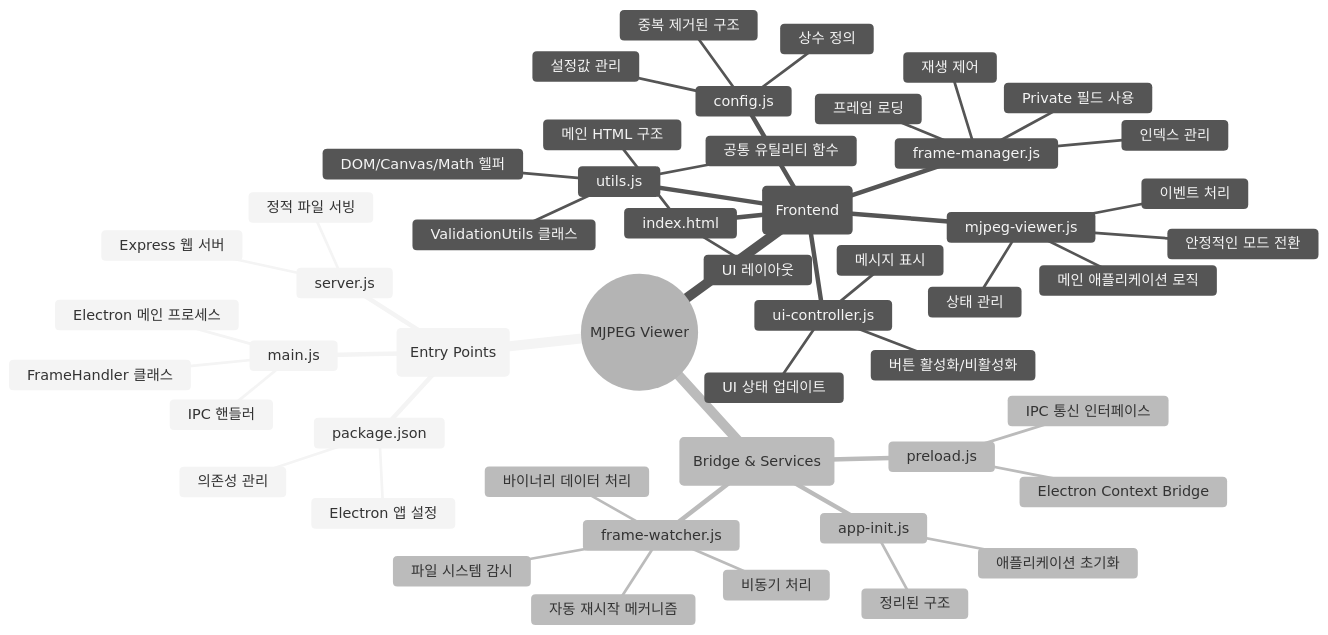
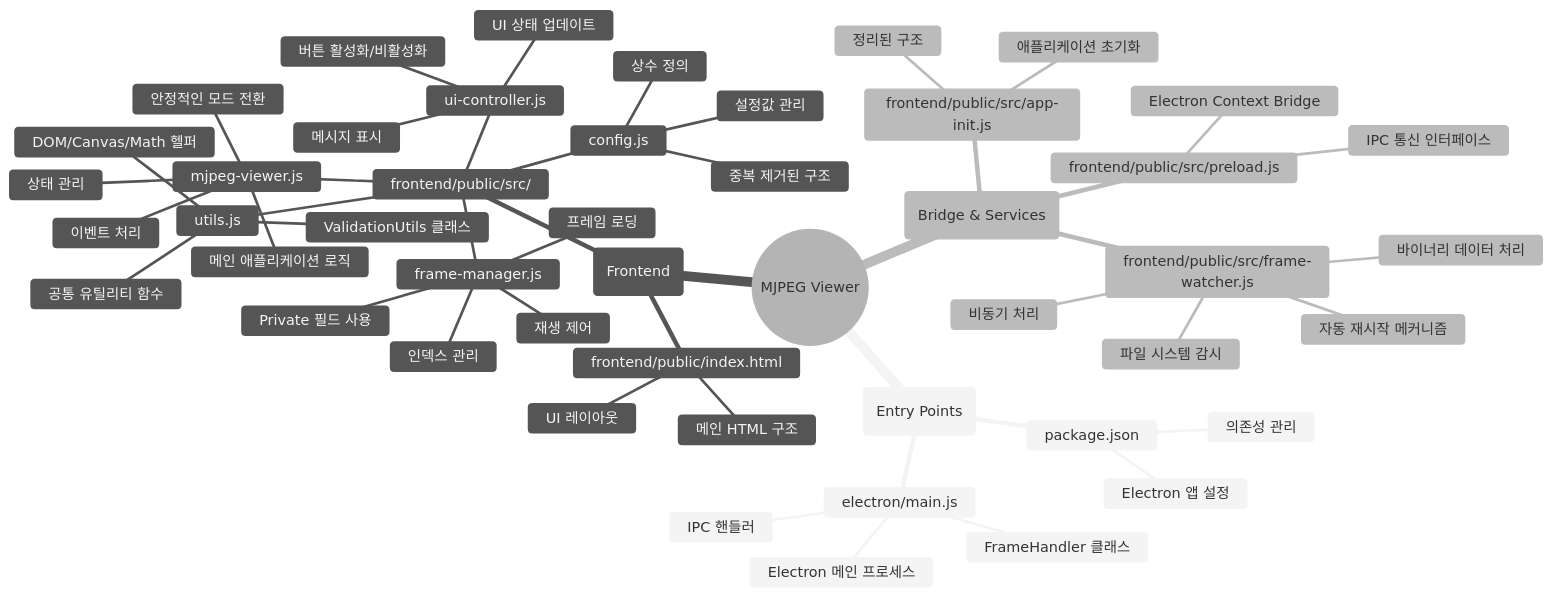
One commit to ddonyo/camera changed the second of 4 diagrams in README.md. Above: the diagram before and after it, drawn with Mermaid (neutral theme). The commit also changed other lines of this file and 38 other files, not shown here.

````diff
--- a/README.md
+++ b/README.md
@@ -216,53 +155,51 @@
 ```mermaid
 mindmap
   root((MJPEG Viewer))
     (Entry Points)
       package.json
         Electron 앱 설정
         의존성 관리
-      main.js
+      electron/main.js
         Electron 메인 프로세스
         FrameHandler 클래스
         IPC 핸들러
-      server.js
-        Express 웹 서버
-        정적 파일 서빙
     (Frontend)
-      index.html
+      frontend/public/index.html
         메인 HTML 구조
         UI 레이아웃
-      mjpeg-viewer.js
-        메인 애플리케이션 로직
-        상태 관리
-        이벤트 처리
-        안정적인 모드 전환
-      frame-manager.js
-        프레임 로딩
-        재생 제어
-        인덱스 관리
-        Private 필드 사용
-      ui-controller.js
-        UI 상태 업데이트
-        버튼 활성화/비활성화
-        메시지 표시
-      config.js
-        상수 정의
-        설정값 관리
-        중복 제거된 구조
-      utils.js
-        공통 유틸리티 함수
-        ValidationUtils 클래스
-        DOM/Canvas/Math 헬퍼
+      frontend/public/src/
+        mjpeg-viewer.js
+          메인 애플리케이션 로직
+          상태 관리
+          이벤트 처리
+          안정적인 모드 전환
+        frame-manager.js
+          프레임 로딩
+          재생 제어
+          인덱스 관리
+          Private 필드 사용
+        ui-controller.js
+          UI 상태 업데이트
+          버튼 활성화/비활성화
+          메시지 표시
+        config.js
+          상수 정의
+          설정값 관리
+          중복 제거된 구조
+        utils.js
+          공통 유틸리티 함수
+          ValidationUtils 클래스
+          DOM/Canvas/Math 헬퍼
     (Bridge & Services)
-      preload.js
+      frontend/public/src/preload.js
         Electron Context Bridge
         IPC 통신 인터페이스
-      frame-watcher.js
+      frontend/public/src/frame-watcher.js
         파일 시스템 감시
         바이너리 데이터 처리
         자동 재시작 메커니즘
         비동기 처리
-      app-init.js
+      frontend/public/src/app-init.js
         애플리케이션 초기화
         정리된 구조
 ```
````
